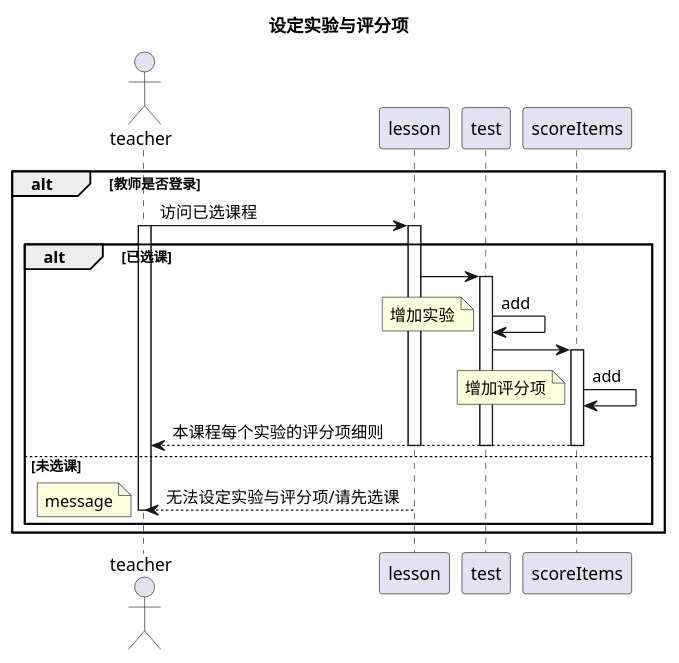
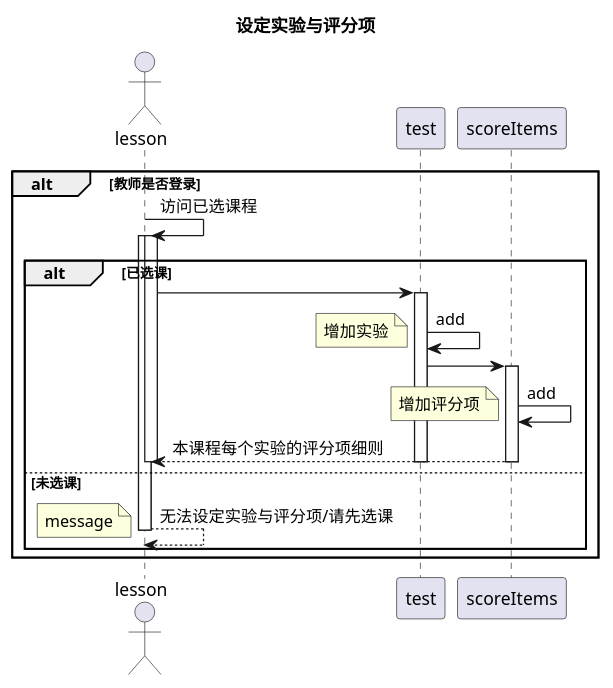
Before and after one commit to mzy1997/is_analysis: the diagram in test6/src/testAndScoreitems.puml, drawn with PlantUML. The commit also changed 35 other files, not shown here.

```diff
--- a/test6/src/testAndScoreitems.puml
+++ b/test6/src/testAndScoreitems.puml
@@ -1,31 +1,31 @@
 @startuml
 title 设定实验与评分项
-actor teacher
+actor lesson
 participant lesson
 participant test
 participant scoreItems
 alt 教师是否登录
-    teacher -> lesson:访问已选课程
-    activate teacher
+    lesson -> lesson:访问已选课程
+    activate lesson
     activate lesson
     alt 已选课
          lesson->test
          activate test
          test -> test:add
          note left:增加实验
          test ->scoreItems
          activate scoreItems
          scoreItems -> scoreItems:add
          note left:增加评分项
-         scoreItems --> teacher:本课程每个实验的评分项细则
+         scoreItems --> lesson:本课程每个实验的评分项细则
          deactivate lesson
          deactivate test
          deactivate scoreItems
     else 未选课
-         lesson --> teacher:无法设定实验与评分项/请先选课
+         lesson --> lesson:无法设定实验与评分项/请先选课
          note left:message
-         deactivate teacher
+         deactivate lesson
          deactivate lesson
 end
 end
 @enduml
```
